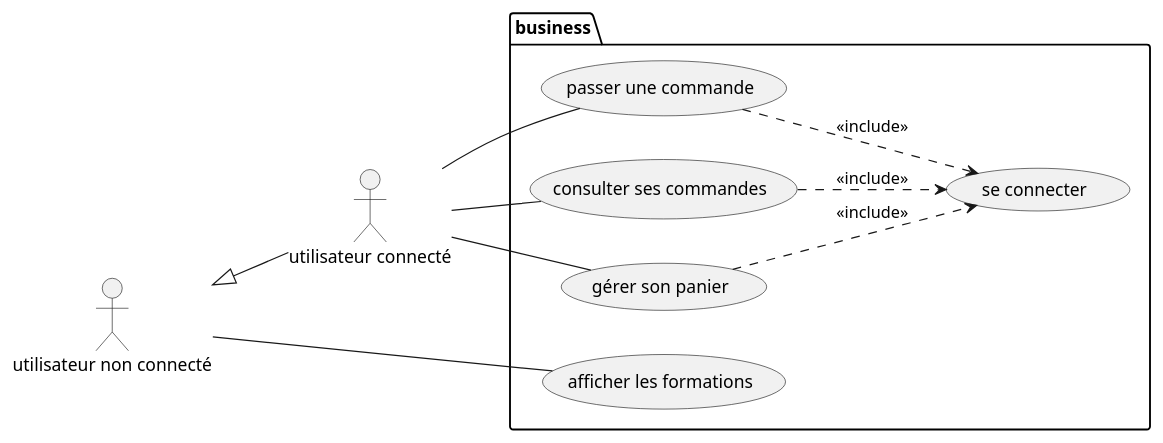
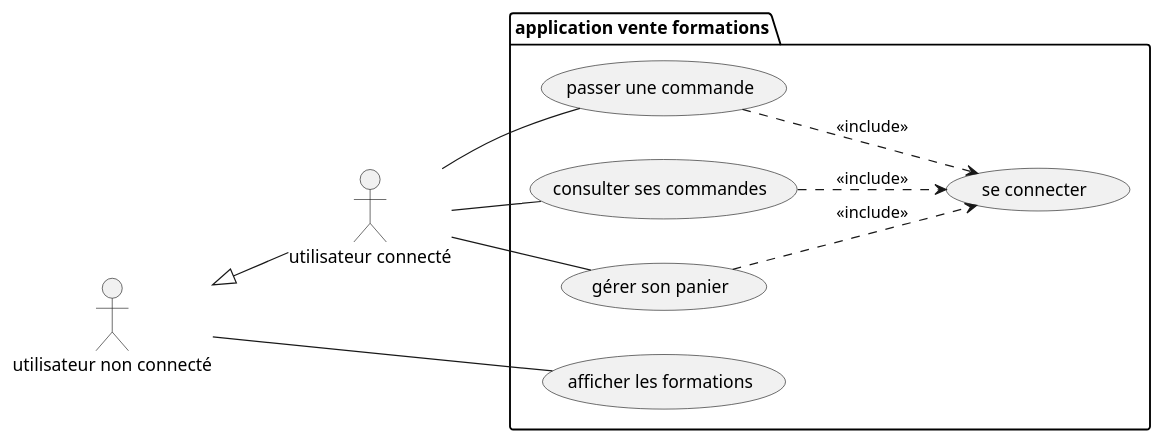
The diagram in docs/diagram_use_case.puml (AmandineGrardLaurent/JavaEvaluationBusiness), drawn with PlantUML before and after one commit.

```diff
--- a/docs/diagram_use_case.puml
+++ b/docs/diagram_use_case.puml
@@ -1,31 +1,31 @@
-@startuml business
+@startuml vente formations
 
 left to right direction
 
 actor "utilisateur connecté" as USER_CONNECTED
 actor "utilisateur non connecté" as USER
 
 
 USER <|-- USER_CONNECTED
 
 
-package business {
+package "application vente formations" {
     usecase "passer une commande" as PLACE_ORDER
     usecase "consulter ses commandes" as DISPLAY_ORDERS
     usecase "afficher les formations" as DISPLAY_COURSES
     usecase "gérer son panier" as MANAGE_CART
     usecase "se connecter" as CONNECT
 }
 
 
 USER -- DISPLAY_COURSES
 
 USER_CONNECTED -- PLACE_ORDER
 USER_CONNECTED -- DISPLAY_ORDERS
 USER_CONNECTED -- MANAGE_CART
 
 DISPLAY_ORDERS ..> CONNECT : <<include>>
 PLACE_ORDER ..> CONNECT : <<include>>
 MANAGE_CART ..> CONNECT : <<include>>
 
 @enduml
```
